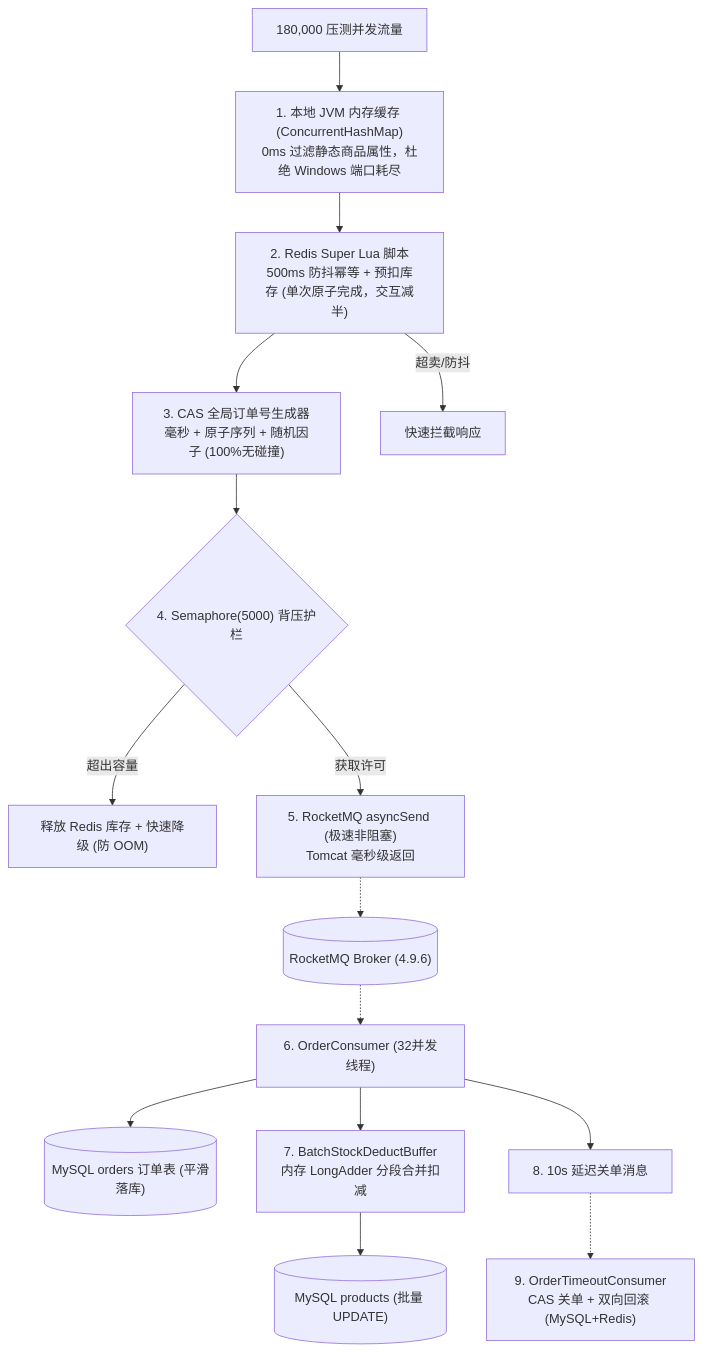
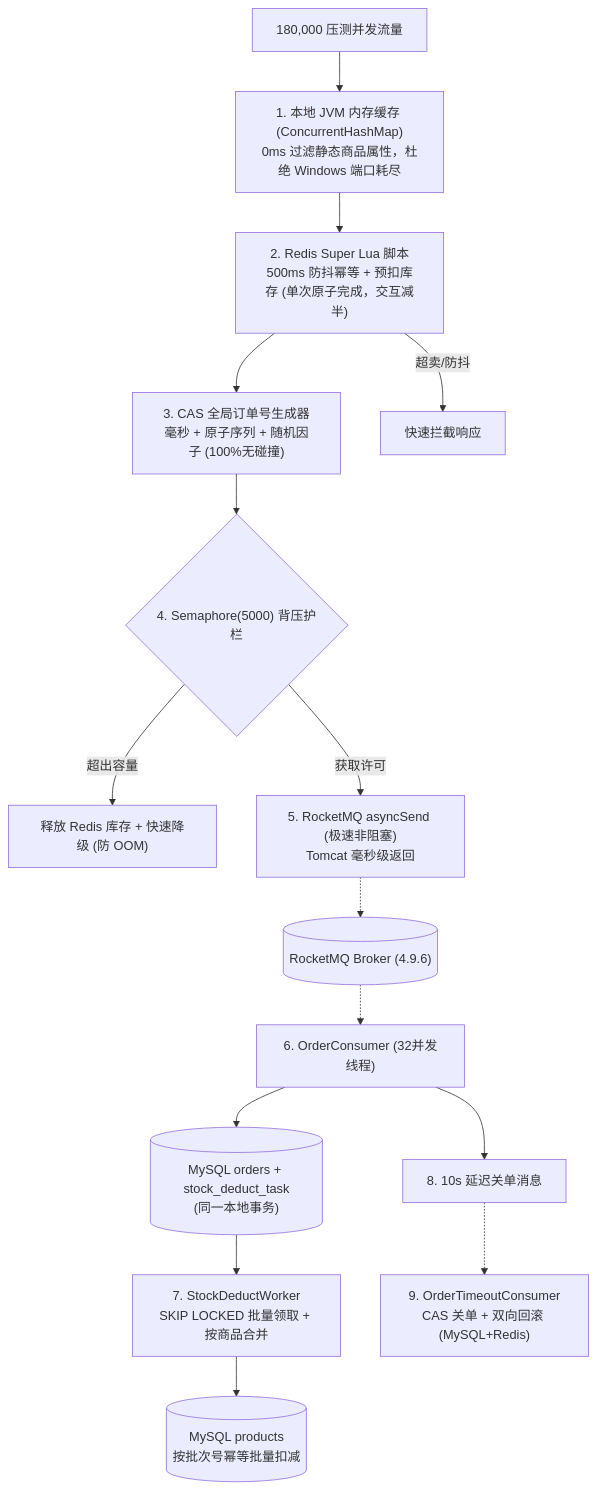
One commit to gaopeng524/ai-mall-platform changed the diagram in SECKILL_OPTIMIZATION_SUMMARY.md. Above: the diagram before and after it, drawn with Mermaid. The commit also changed other lines of this file and 4 other files, not shown here.

````diff
--- a/SECKILL_OPTIMIZATION_SUMMARY.md
+++ b/SECKILL_OPTIMIZATION_SUMMARY.md
@@ -24,20 +28,20 @@
 ```mermaid
 flowchart TD
     Client["180,000 压测并发流量"] --> LocalCache["1. 本地 JVM 内存缓存 (ConcurrentHashMap)<br>0ms 过滤静态商品属性，杜绝 Windows 端口耗尽"]
     LocalCache --> SuperLua["2. Redis Super Lua 脚本<br>500ms 防抖幂等 + 预扣库存 (单次原子完成，交互减半)"]
     SuperLua --> CASOrder["3. CAS 全局订单号生成器<br>毫秒 + 原子序列 + 随机因子 (100%无碰撞)"]
     SuperLua --"超卖/防抖"--> Reject["快速拦截响应"]
     
     CASOrder --> SemaphoreGuard{"4. Semaphore(5000) 背压护栏"}
     SemaphoreGuard --"超出容量"--> Backpressure["释放 Redis 库存 + 快速降级 (防 OOM)"]
     SemaphoreGuard --"获取许可"--> AsyncMQ["5. RocketMQ asyncSend (极速非阻塞)<br>Tomcat 毫秒级返回"]
     
     AsyncMQ -.-> Broker[("RocketMQ Broker (4.9.6)")]
     Broker -.-> OrderConsumer["6. OrderConsumer (32并发线程)"]
     
-    OrderConsumer --> MySQLOrder[("MySQL orders 订单表 (平滑落库)")]
-    OrderConsumer --> Buffer["7. BatchStockDeductBuffer<br>内存 LongAdder 分段合并扣减"]
-    Buffer --> MySQLStock[("MySQL products (批量 UPDATE)")]
+    OrderConsumer --> MySQLOrder[("MySQL orders + stock_deduct_task<br>(同一本地事务)")]
+    MySQLOrder --> Worker["7. StockDeductWorker<br>SKIP LOCKED 批量领取 + 按商品合并"]
+    Worker --> MySQLStock[("MySQL products<br>按批次号幂等批量扣减")]
     OrderConsumer --> DelayMQ["8. 10s 延迟关单消息"]
     DelayMQ -.-> TimeoutConsumer["9. OrderTimeoutConsumer<br>CAS 关单 + 双向回滚 (MySQL+Redis)"]
 ```
````
